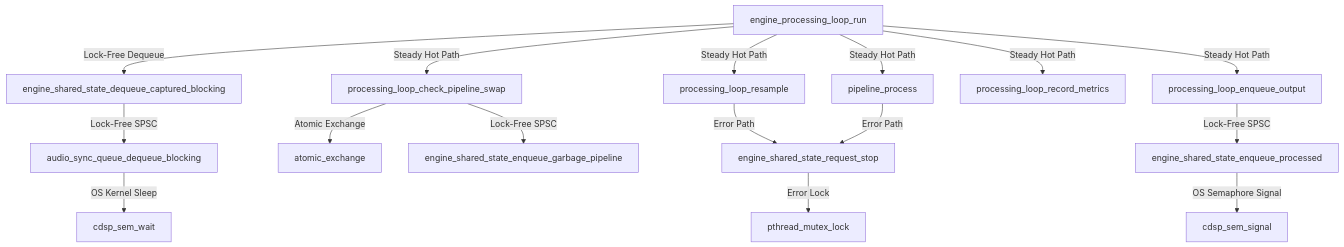
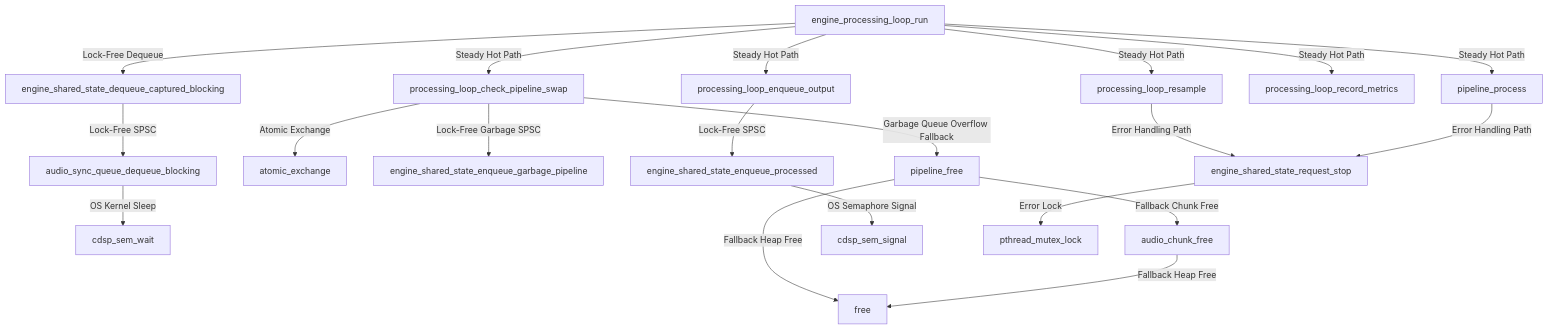
Before and after one commit to Wang-Yue/cdsp: the second of 3 diagrams in callgraph_audit_report.md, drawn with Mermaid. The commit also changed other lines of this file and 1 other file, not shown here.

Commit message:
docs: update call graph audit report to include allocation auditing and refine architectural motivations

````diff
--- a/callgraph_audit_report.md
+++ b/callgraph_audit_report.md
@@ -73,22 +73,27 @@
 ```mermaid
 graph TD
     engine_processing_loop_run -->|Lock-Free Dequeue| engine_shared_state_dequeue_captured_blocking
     engine_processing_loop_run -->|Steady Hot Path| processing_loop_resample
     engine_processing_loop_run -->|Steady Hot Path| processing_loop_check_pipeline_swap
     engine_processing_loop_run -->|Steady Hot Path| pipeline_process
     engine_processing_loop_run -->|Steady Hot Path| processing_loop_record_metrics
     engine_processing_loop_run -->|Steady Hot Path| processing_loop_enqueue_output
 
     engine_shared_state_dequeue_captured_blocking -->|Lock-Free SPSC| audio_sync_queue_dequeue_blocking
     audio_sync_queue_dequeue_blocking -->|OS Kernel Sleep| cdsp_sem_wait
 
     processing_loop_check_pipeline_swap -->|Atomic Exchange| atomic_exchange
-    processing_loop_check_pipeline_swap -->|Lock-Free SPSC| engine_shared_state_enqueue_garbage_pipeline
+    processing_loop_check_pipeline_swap -->|Lock-Free Garbage SPSC| engine_shared_state_enqueue_garbage_pipeline
+    processing_loop_check_pipeline_swap -->|Garbage Queue Overflow Fallback| pipeline_free
+
+    pipeline_free -->|Fallback Heap Free| free
+    pipeline_free -->|Fallback Chunk Free| audio_chunk_free
+    audio_chunk_free -->|Fallback Heap Free| free
 
     processing_loop_enqueue_output -->|Lock-Free SPSC| engine_shared_state_enqueue_processed
     engine_shared_state_enqueue_processed -->|OS Semaphore Signal| cdsp_sem_signal
 
-    processing_loop_resample -->|Error Path| engine_shared_state_request_stop
-    pipeline_process -->|Error Path| engine_shared_state_request_stop
+    processing_loop_resample -->|Error Handling Path| engine_shared_state_request_stop
+    pipeline_process -->|Error Handling Path| engine_shared_state_request_stop
     engine_shared_state_request_stop -->|Error Lock| pthread_mutex_lock
 ```
````
